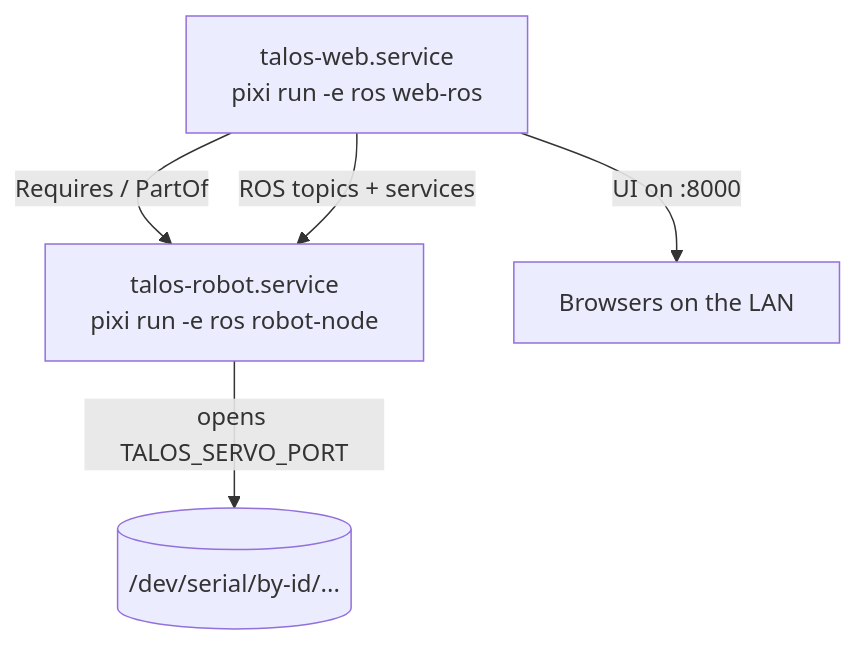
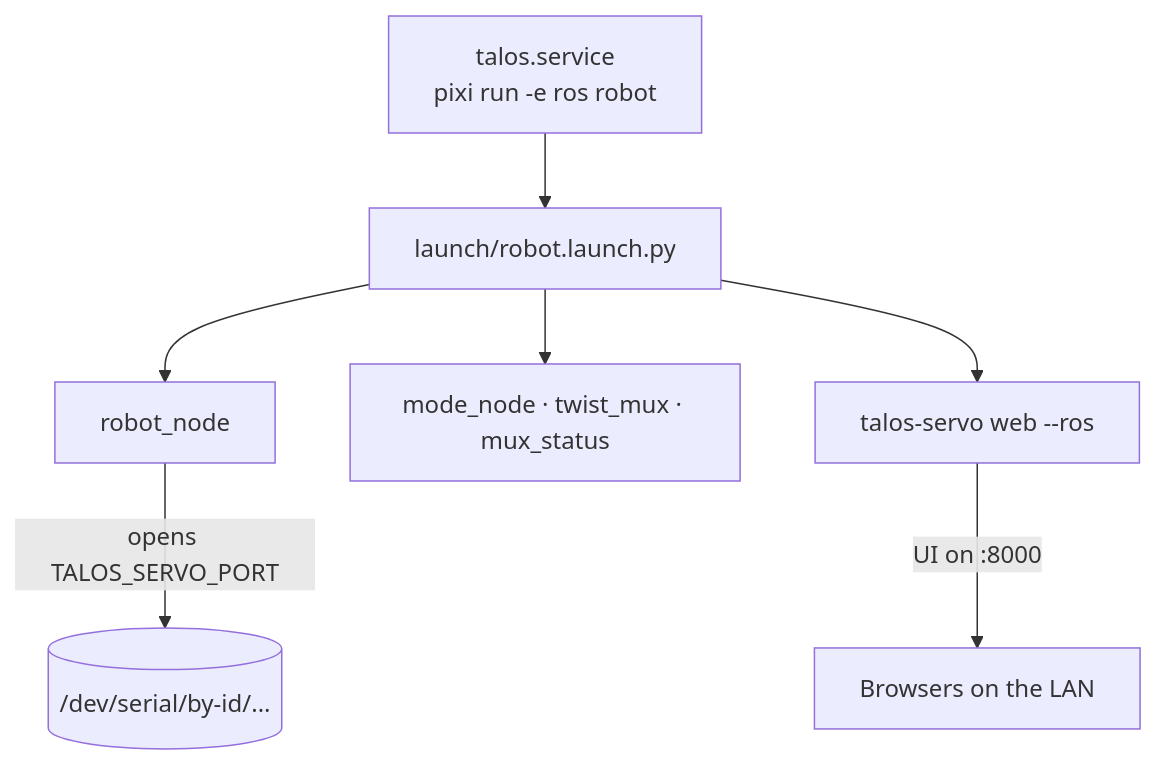
One commit to Annnnya/talos_hack changed the third of 3 diagrams in README.md. Above: the diagram before and after it, drawn with Mermaid. The commit also changed other lines of this file and 9 other files, not shown here.

First line of the commit message:
feat: one command to launch the whole robot (#123)

````diff
--- a/README.md
+++ b/README.md
@@ -97,9 +97,10 @@
 ```mermaid
 flowchart TB
-    S1["talos-robot.service<br/>pixi run -e ros robot-node"]
-    S2["talos-web.service<br/>pixi run -e ros web-ros"]
-    S2 -- "Requires / PartOf" --> S1
-    S1 -- "opens TALOS_SERVO_PORT" --> PORT[("/dev/serial/by-id/...")]
-    S2 -- "ROS topics + services" --> S1
-    S2 -- "UI on :8000" --> LAN["Browsers on the LAN"]
+    S["talos.service<br/>pixi run -e ros robot"]
+    S --> L["launch/robot.launch.py"]
+    L --> NODE["robot_node"]
+    L --> REST["mode_node · twist_mux · mux_status"]
+    L --> WEB["talos-servo web --ros"]
+    NODE -- "opens TALOS_SERVO_PORT" --> PORT[("/dev/serial/by-id/...")]
+    WEB -- "UI on :8000" --> LAN["Browsers on the LAN"]
 ```
````
